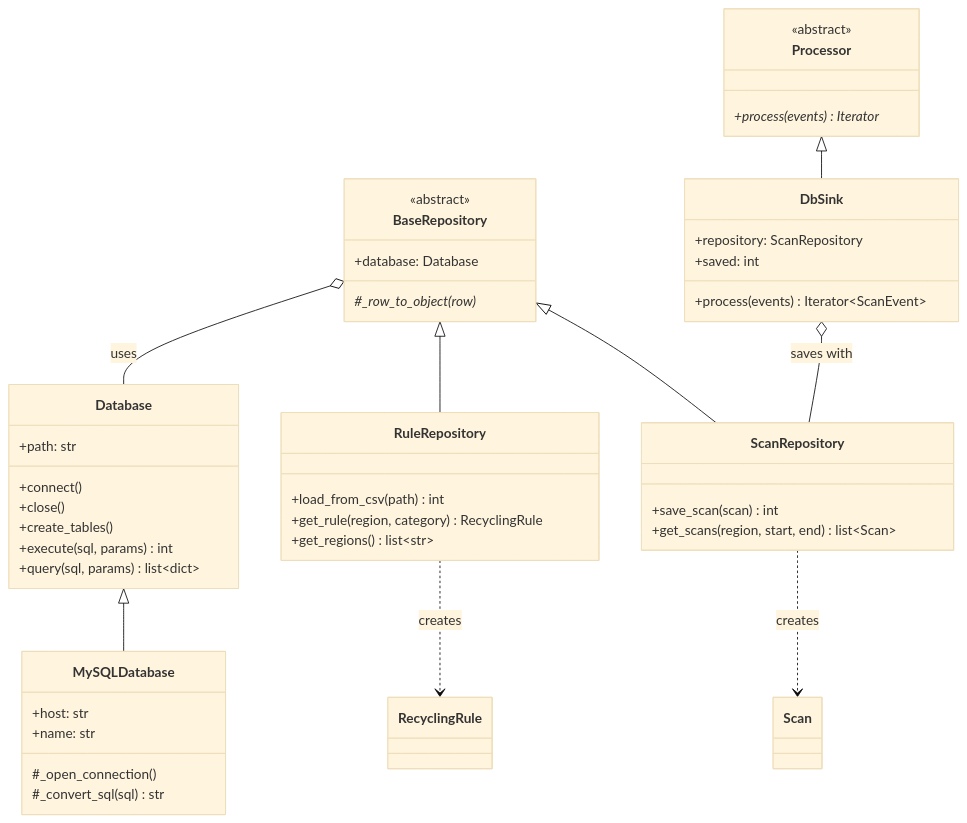
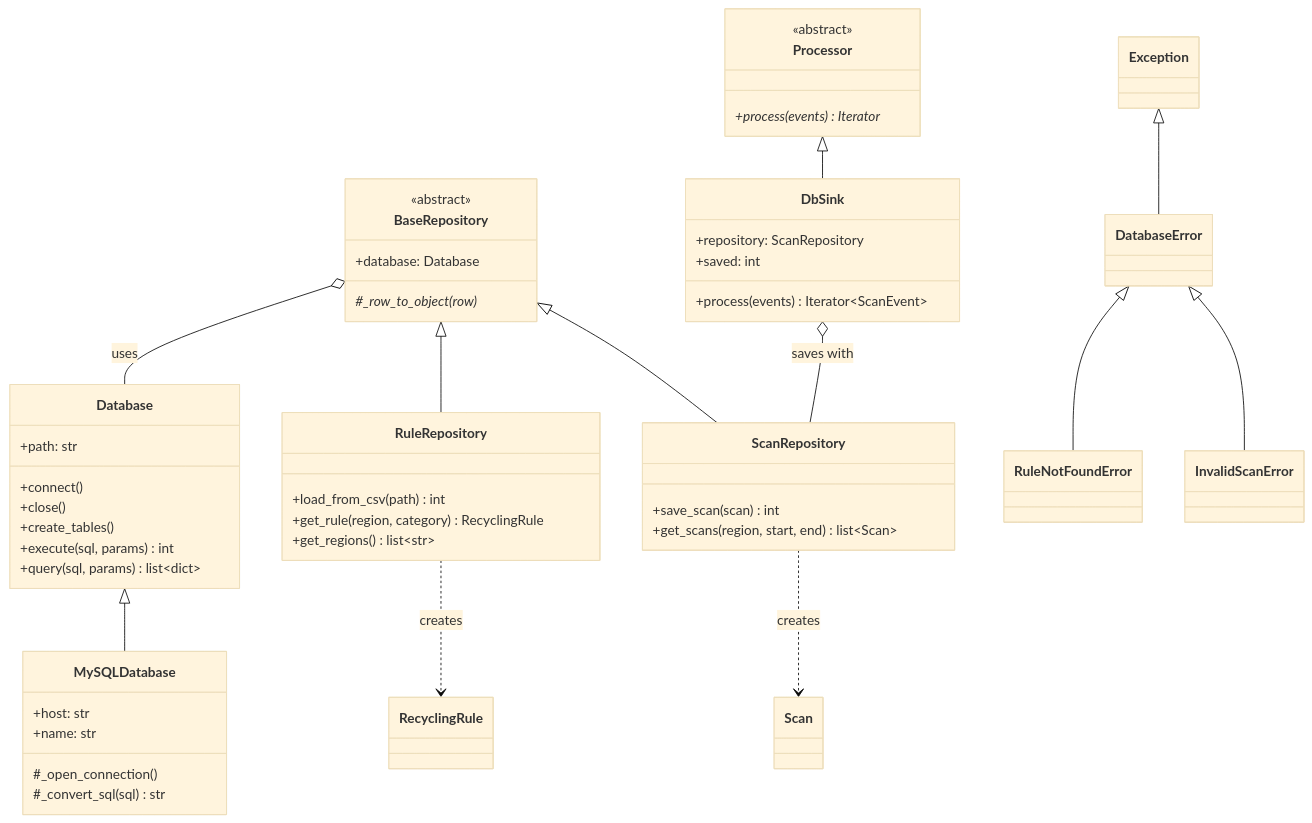
The fifth of 6 diagrams in README.md (Timmyy3000/waste-sorting-assistant), drawn with Mermaid (base theme) before and after one commit. The commit also changed other lines of this file and 6 other files, not shown here.

````diff
--- a/README.md
+++ b/README.md
@@ -150,51 +187,57 @@
 ```mermaid
 classDiagram
     direction TB
     class Scan
     class RecyclingRule
     class Database {
         +path: str
         +connect()
         +close()
         +create_tables()
         +execute(sql, params) int
         +query(sql, params) list~dict~
     }
     class MySQLDatabase {
         +host: str
         +name: str
         #_open_connection()
         #_convert_sql(sql) str
     }
     class BaseRepository {
         <<abstract>>
         +database: Database
         #_row_to_object(row)*
     }
     class ScanRepository {
         +save_scan(scan) int
         +get_scans(region, start, end) list~Scan~
     }
     class RuleRepository {
         +load_from_csv(path) int
         +get_rule(region, category) RecyclingRule
         +get_regions() list~str~
     }
     class Processor {
         <<abstract>>
         +process(events)* Iterator
     }
     class DbSink {
         +repository: ScanRepository
         +saved: int
         +process(events) Iterator~ScanEvent~
     }
+    class DatabaseError
+    class InvalidScanError
+    class RuleNotFoundError
     Database <|-- MySQLDatabase
     BaseRepository <|-- ScanRepository
     BaseRepository <|-- RuleRepository
     Processor <|-- DbSink
+    Exception <|-- DatabaseError
+    DatabaseError <|-- InvalidScanError
+    DatabaseError <|-- RuleNotFoundError
     BaseRepository o-- Database : uses
     DbSink o-- ScanRepository : saves with
     ScanRepository ..> Scan : creates
     RuleRepository ..> RecyclingRule : creates
 ```
````
